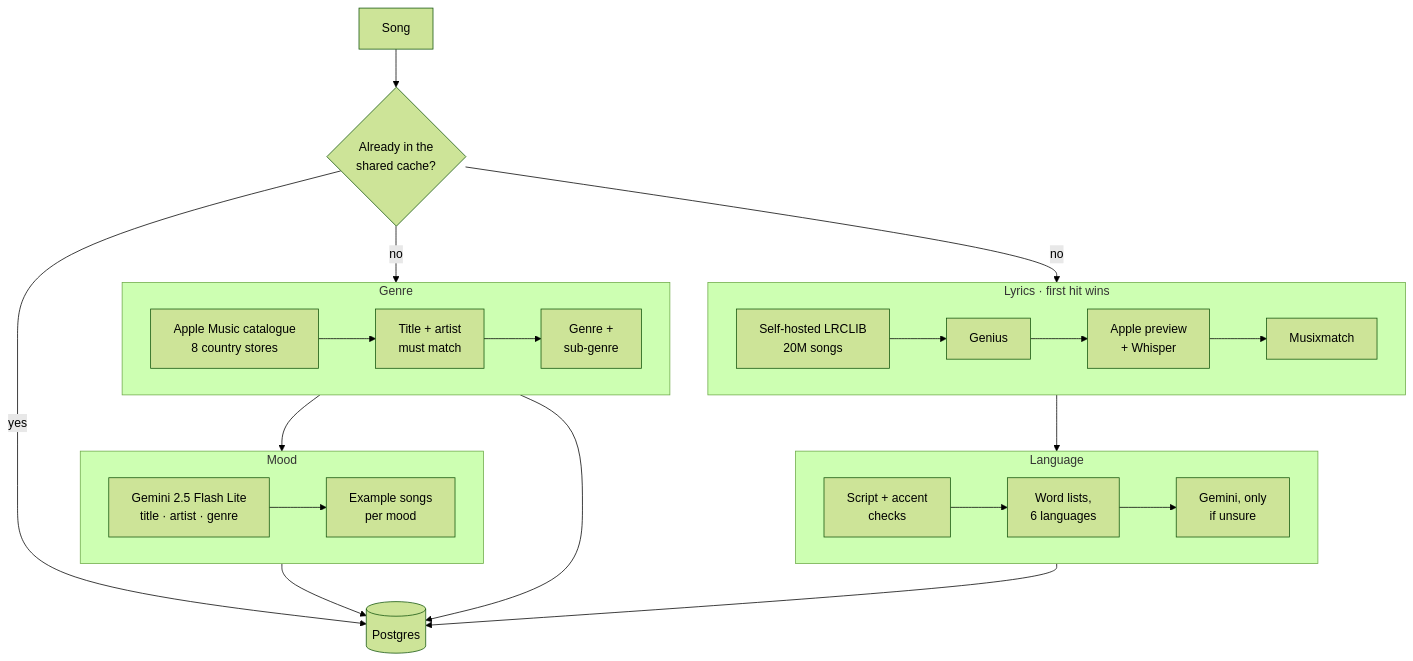
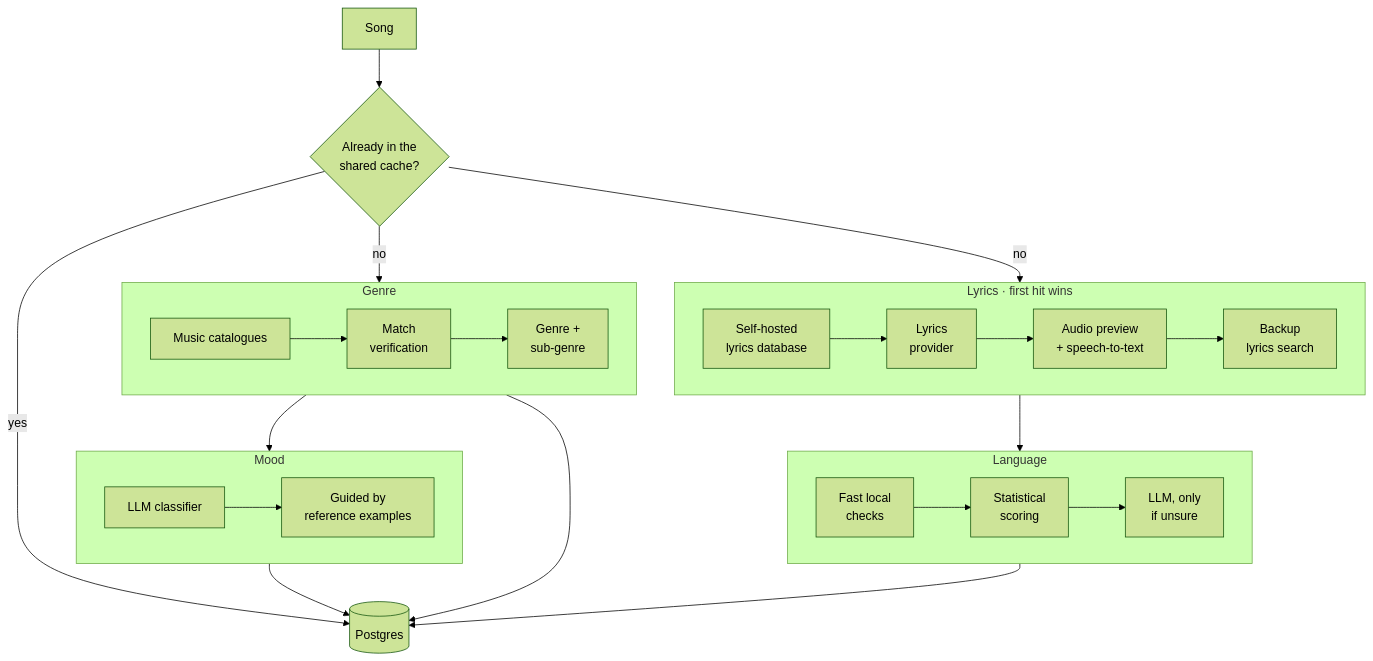
Before and after one commit to andrealacche11-crypto/portfolio: the first of 2 diagrams in personal/pepitune.md, drawn with Mermaid (forest theme). The commit also changed other lines of this file, not shown here.

````diff
--- a/personal/pepitune.md
+++ b/personal/pepitune.md
@@ -83,33 +83,33 @@
 ```mermaid
 flowchart TB
     S[Song] --> C{"Already in the<br/>shared cache?"}
     C -- yes --> DB
     C -- no --> L1
 
     subgraph LYR["Lyrics · first hit wins"]
         direction LR
-        L1["Self-hosted LRCLIB<br/>20M songs"] --> L2[Genius] --> L3["Apple preview<br/>+ Whisper"] --> L4["Musixmatch"]
+        L1["Self-hosted<br/>lyrics database"] --> L2["Lyrics<br/>provider"] --> L3["Audio preview<br/>+ speech-to-text"] --> L4["Backup<br/>lyrics search"]
     end
 
     subgraph LANG["Language"]
         direction LR
-        A1["Script + accent<br/>checks"] --> A2["Word lists,<br/>6 languages"] --> A3["Gemini, only<br/>if unsure"]
+        A1["Fast local<br/>checks"] --> A2["Statistical<br/>scoring"] --> A3["LLM, only<br/>if unsure"]
     end
 
     subgraph GEN["Genre"]
         direction LR
-        G1["Apple Music catalogue<br/>8 country stores"] --> G2["Title + artist<br/>must match"] --> G3["Genre +<br/>sub-genre"]
+        G1["Music catalogues"] --> G2["Match<br/>verification"] --> G3["Genre +<br/>sub-genre"]
     end
 
     subgraph MOOD["Mood"]
         direction LR
-        M1["Gemini 2.5 Flash Lite<br/>title · artist · genre"] --> M2["Example songs<br/>per mood"]
+        M1["LLM classifier"] --> M2["Guided by<br/>reference examples"]
     end
 
     L4 --> A1
     C -- no --> G1
     G3 --> M1
     A3 --> DB[("Postgres")]
     G3 --> DB
     M2 --> DB
 ```
````
